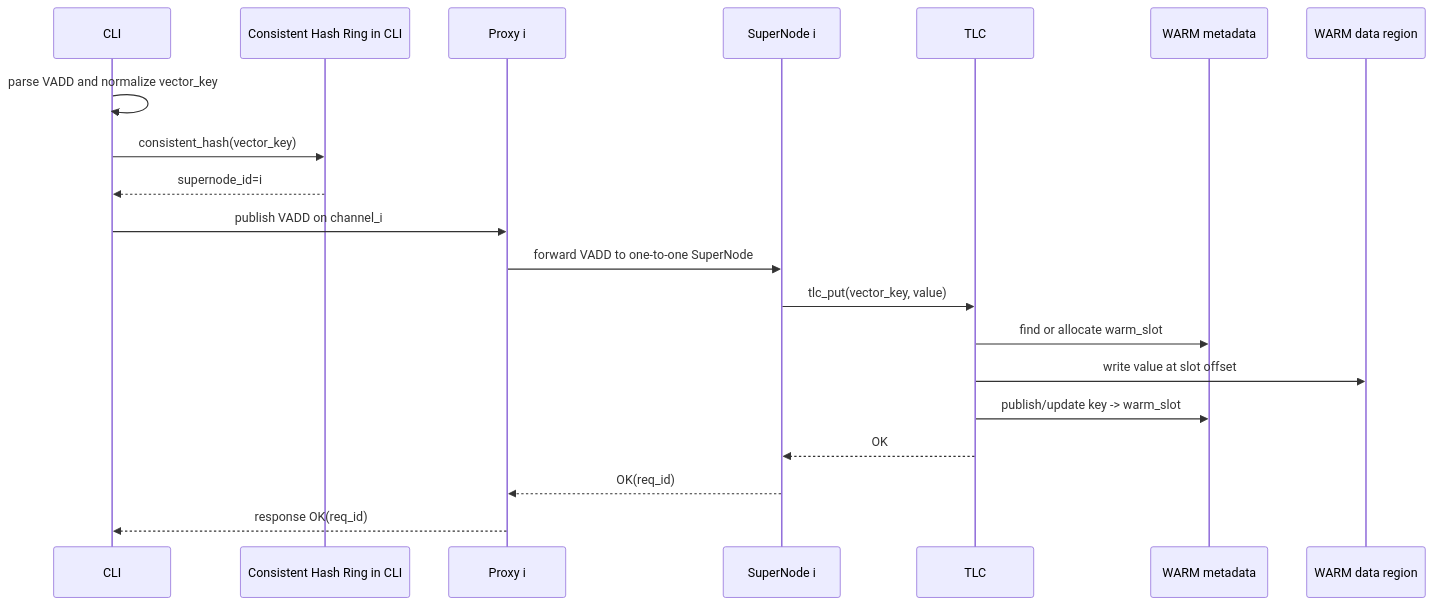
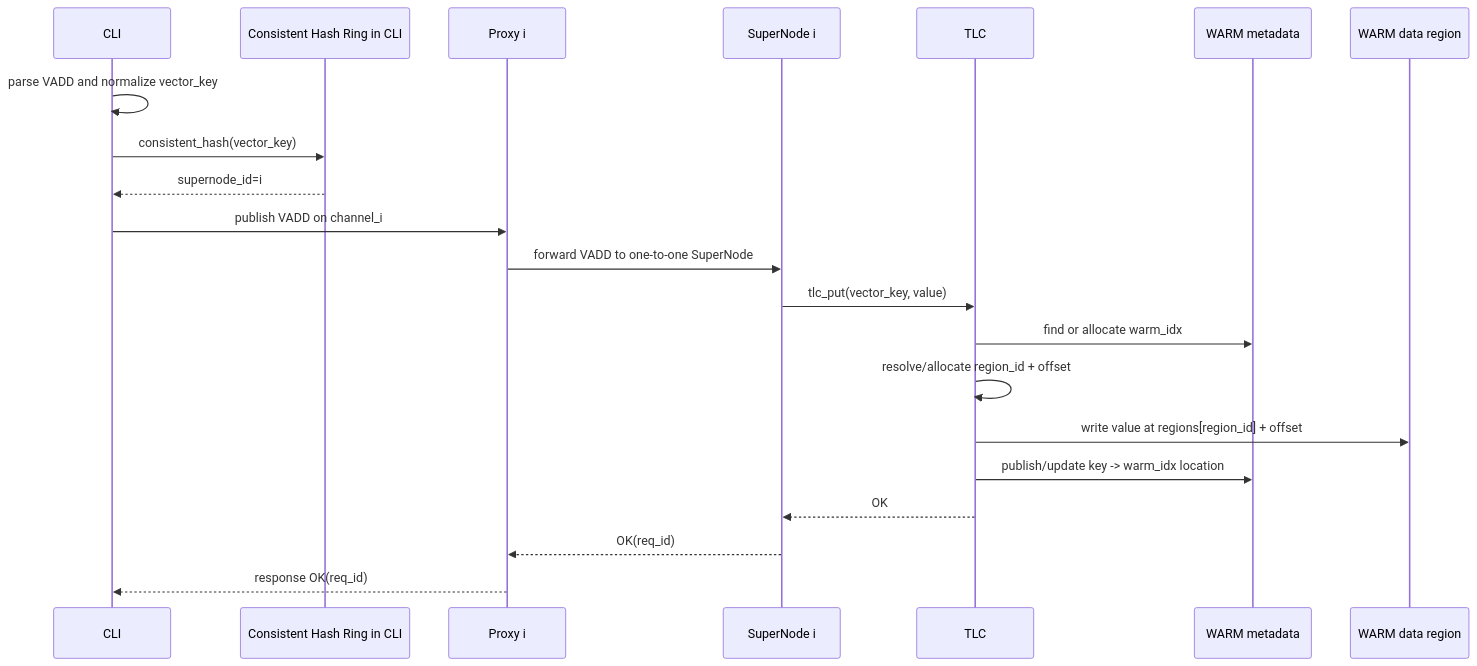
The fourth of 5 diagrams in docs/VEMB_V16_MULTI_SUPERNODE_HASH_RING_DESIGN.md (jialiuyu/redis), drawn with Mermaid before and after one commit. The commit also changed other lines of this file and 22 other files, not shown here.

Commit message:
feat: add multi-ub-regions warm manifest support

````diff
--- a/docs/VEMB_V16_MULTI_SUPERNODE_HASH_RING_DESIGN.md
+++ b/docs/VEMB_V16_MULTI_SUPERNODE_HASH_RING_DESIGN.md
@@ -243,23 +257,24 @@
 ```mermaid
 sequenceDiagram
     participant CLI as CLI
     participant HR as Consistent Hash Ring in CLI
     participant P as Proxy i
     participant SN as SuperNode i
     participant TLC as TLC
     participant WMETA as WARM metadata
     participant WDATA as WARM data region
 
     CLI->>CLI: parse VADD and normalize vector_key
     CLI->>HR: consistent_hash(vector_key)
     HR-->>CLI: supernode_id=i
     CLI->>P: publish VADD on channel_i
     P->>SN: forward VADD to one-to-one SuperNode
     SN->>TLC: tlc_put(vector_key, value)
-    TLC->>WMETA: find or allocate warm_slot
-    TLC->>WDATA: write value at slot offset
-    TLC->>WMETA: publish/update key -> warm_slot
+    TLC->>WMETA: find or allocate warm_idx
+    TLC->>TLC: resolve/allocate region_id + offset
+    TLC->>WDATA: write value at regions[region_id] + offset
+    TLC->>WMETA: publish/update key -> warm_idx location
     TLC-->>SN: OK
     SN-->>P: OK(req_id)
     P-->>CLI: response OK(req_id)
 ```
````
